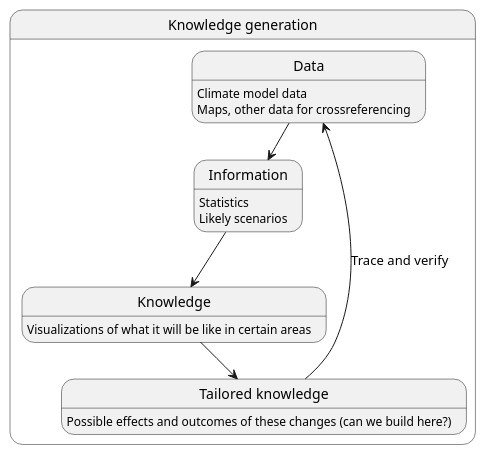
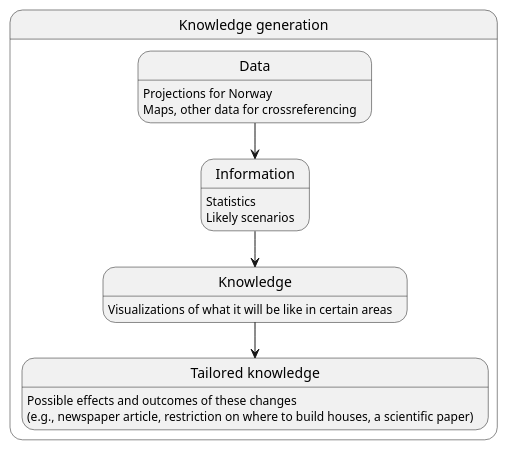
The diagram in source/information_to_knowledge_klima_bruker.puml (metno/S-ENDA-documentation), drawn with PlantUML before and after one commit. The commit also changed 3 other files, not shown here.

```diff
--- a/source/information_to_knowledge_klima_bruker.puml
+++ b/source/information_to_knowledge_klima_bruker.puml
@@ -1,29 +1,28 @@
 @startuml
 
 state "Knowledge generation" as kg {
 
 state Data {
-  Data : Climate model data
+  Data : Projections for Norway
   Data : Maps, other data for crossreferencing
 }
 
 state Information {
   Information : Statistics 
   Information : Likely scenarios
 }
 
 state Knowledge {
   Knowledge : Visualizations of what it will be like in certain areas
 }
 
 state "Tailored knowledge" as tk {
-  tk : Possible effects and outcomes of these changes (can we build here?)
+  tk : Possible effects and outcomes of these changes\n(e.g., newspaper article, restriction on where to build houses, a scientific paper)
 }
 }
 
 Data --> Information
 Information --> Knowledge
 Knowledge --> tk
-tk --> Data : Trace and verify
 
 @enduml
```
